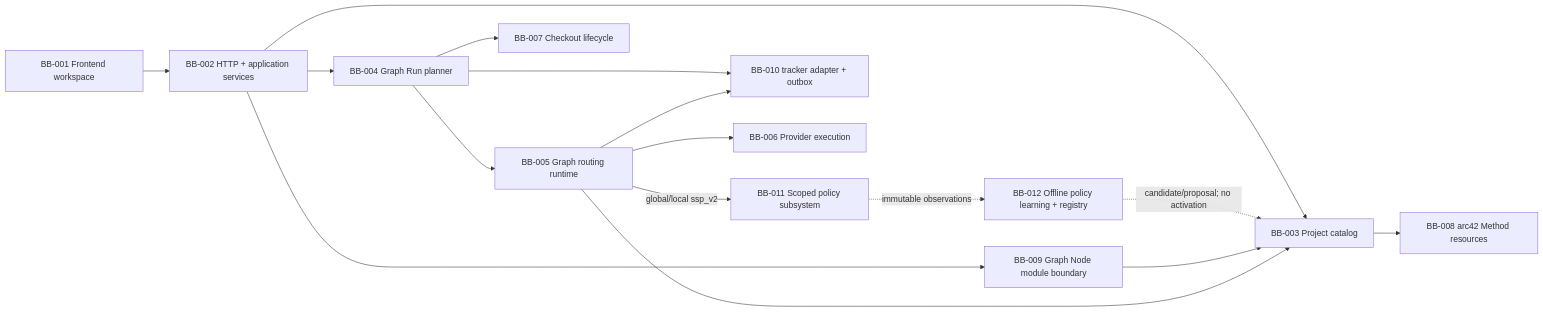
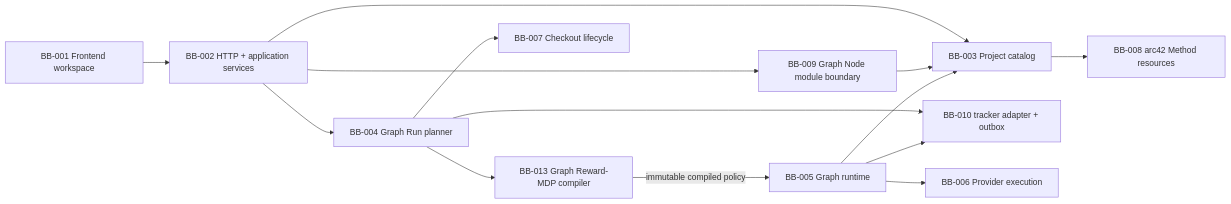
Before and after one commit to isinisalo/ballet: the diagram in .ballet/arc42/05-building-block-view.md, drawn with Mermaid. The commit also changed other lines of this file and 197 other files, not shown here.

````diff
--- a/.ballet/arc42/05-building-block-view.md
+++ b/.ballet/arc42/05-building-block-view.md
@@ -26,18 +26,16 @@
 ```mermaid
 flowchart LR
   ui["BB-001 Frontend workspace"] --> api["BB-002 HTTP + application services"]
   api --> catalog["BB-003 Project catalog"]
   api --> planner["BB-004 Graph Run planner"]
   api --> modules["BB-009 Graph Node module boundary"]
-  planner --> runtime["BB-005 Graph routing runtime"]
-  runtime -->|"global/local ssp_v2"| policy["BB-011 Scoped policy subsystem"]
-  policy -.->|"immutable observations"| learning["BB-012 Offline policy learning + registry"]
-  learning -.->|"candidate/proposal; no activation"| catalog
+  planner --> mdp["BB-013 Graph Reward-MDP compiler"]
+  mdp -->|"immutable compiled policy"| runtime["BB-005 Graph runtime"]
   planner --> tracker["BB-010 tracker adapter + outbox"]
   runtime --> tracker
   runtime --> execution["BB-006 Provider execution"]
   planner --> lifecycle["BB-007 Checkout lifecycle"]
   catalog --> method["BB-008 arc42 Method resources"]
   modules --> catalog
   runtime --> catalog
 ```
````
